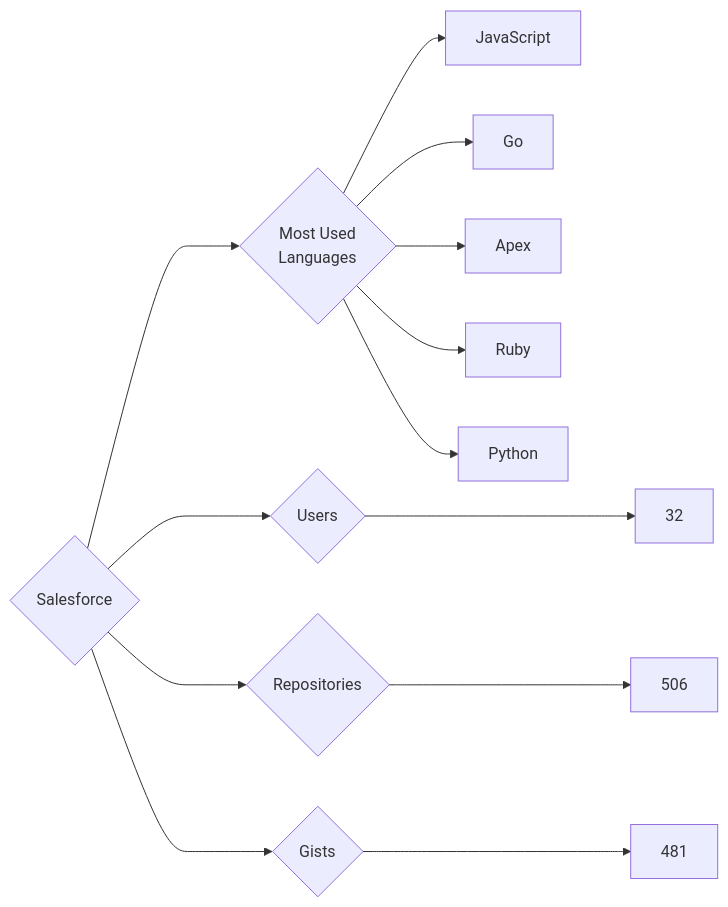
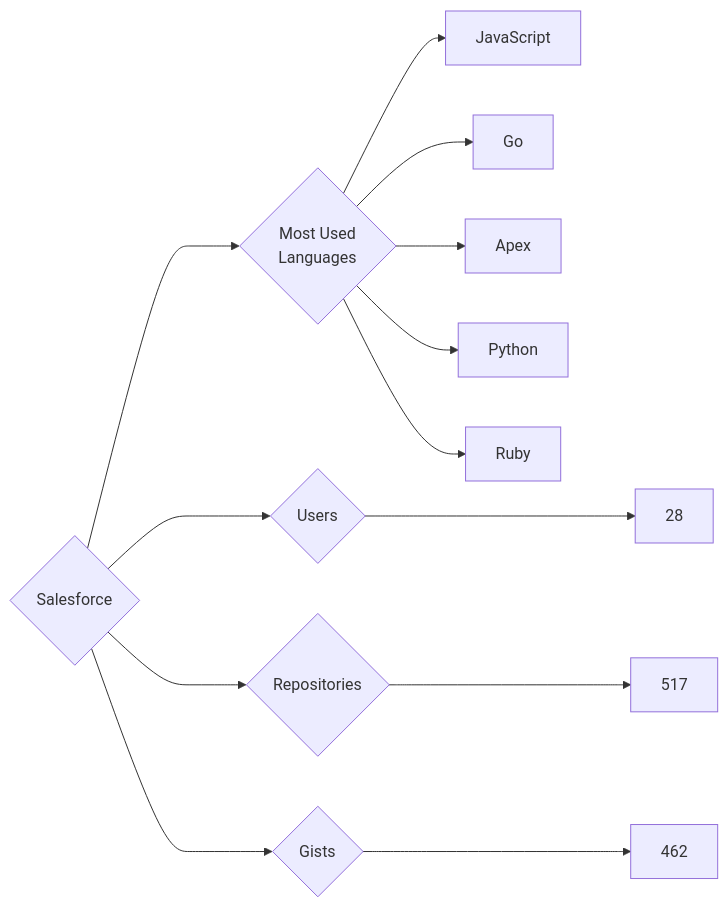
Before and after one commit to trickest/insiders: the diagram in targets/Salesforce/README.md, drawn with Mermaid. The commit also changed 797 other files, not shown here.

````diff
--- a/targets/Salesforce/README.md
+++ b/targets/Salesforce/README.md
@@ -3,13 +3,13 @@
 ```mermaid
 graph LR
 COMPANY_NAME{Salesforce}
-COMPANY_NAME ---> U{Users} ---> UN[32]
-COMPANY_NAME ---> R{Repositories} ---> RN[506]
-COMPANY_NAME ---> G{Gists} ---> GN[481]
+COMPANY_NAME ---> U{Users} ---> UN[28]
+COMPANY_NAME ---> R{Repositories} ---> RN[517]
+COMPANY_NAME ---> G{Gists} ---> GN[462]
 COMPANY_NAME ---> ML{Most Used<br>Languages}
 ML --> JavaScript[JavaScript]
 ML --> Go[Go]
 ML --> Apex[Apex]
+ML --> Python[Python]
 ML --> Ruby[Ruby]
-ML --> Python[Python]
 ```
````
